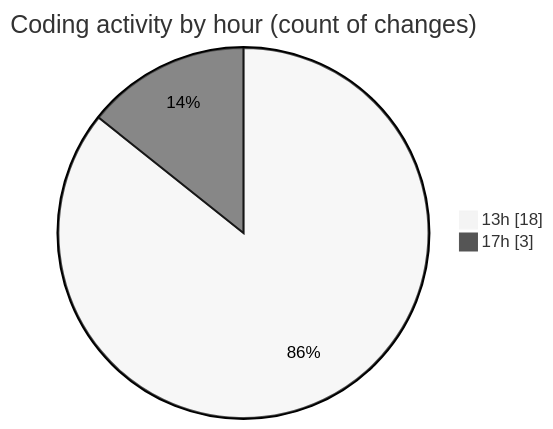
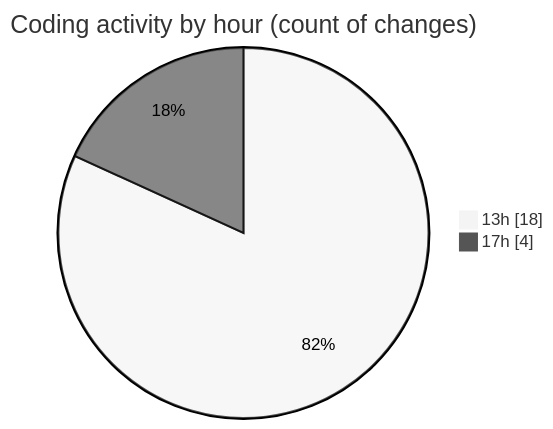
Before and after one commit to lephambinh05/code-tracking: the second of 2 diagrams in 2025-09-10/data/README.md, drawn with Mermaid (neutral theme). The commit also changed other lines of this file and 1 other file, not shown here.

````diff
--- a/2025-09-10/data/README.md
+++ b/2025-09-10/data/README.md
@@ -40,6 +42,6 @@
 ```mermaid
 pie showData
 title Coding activity by hour (count of changes)
 "13h" : 18
-"17h" : 3
+"17h" : 4
 ```
````
